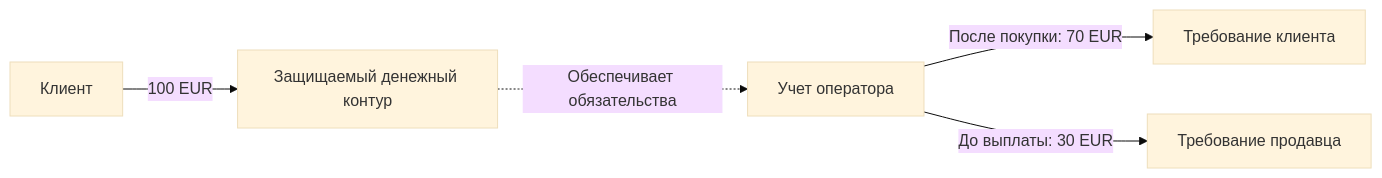
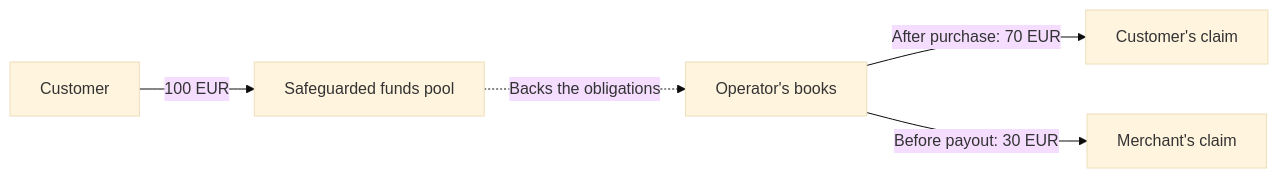
Before and after one commit to nuanu-ai/fintech-textbook-2026: the tenth of 11 diagrams in Textbook/01-Market-rules-and-licensing/README.md, drawn with Mermaid (base theme). The commit also changed other lines of this file and 78 other files, not shown here.

````diff
--- a/Textbook/01-Market-rules-and-licensing/README.md
+++ b/Textbook/01-Market-rules-and-licensing/README.md
@@ -221,7 +221,7 @@
 ```mermaid
 flowchart LR
- U[Клиент] -->|100 EUR| B[Защищаемый денежный контур]
- B -.->|Обеспечивает обязательства| W[Учет оператора]
- W -->|После покупки: 70 EUR| UC[Требование клиента]
- W -->|До выплаты: 30 EUR| MC[Требование продавца]
+ U[Customer] -->|100 EUR| B[Safeguarded funds pool]
+ B -.->|Backs the obligations| W[Operator's books]
+ W -->|After purchase: 70 EUR| UC[Customer's claim]
+ W -->|Before payout: 30 EUR| MC[Merchant's claim]
 ```
````
